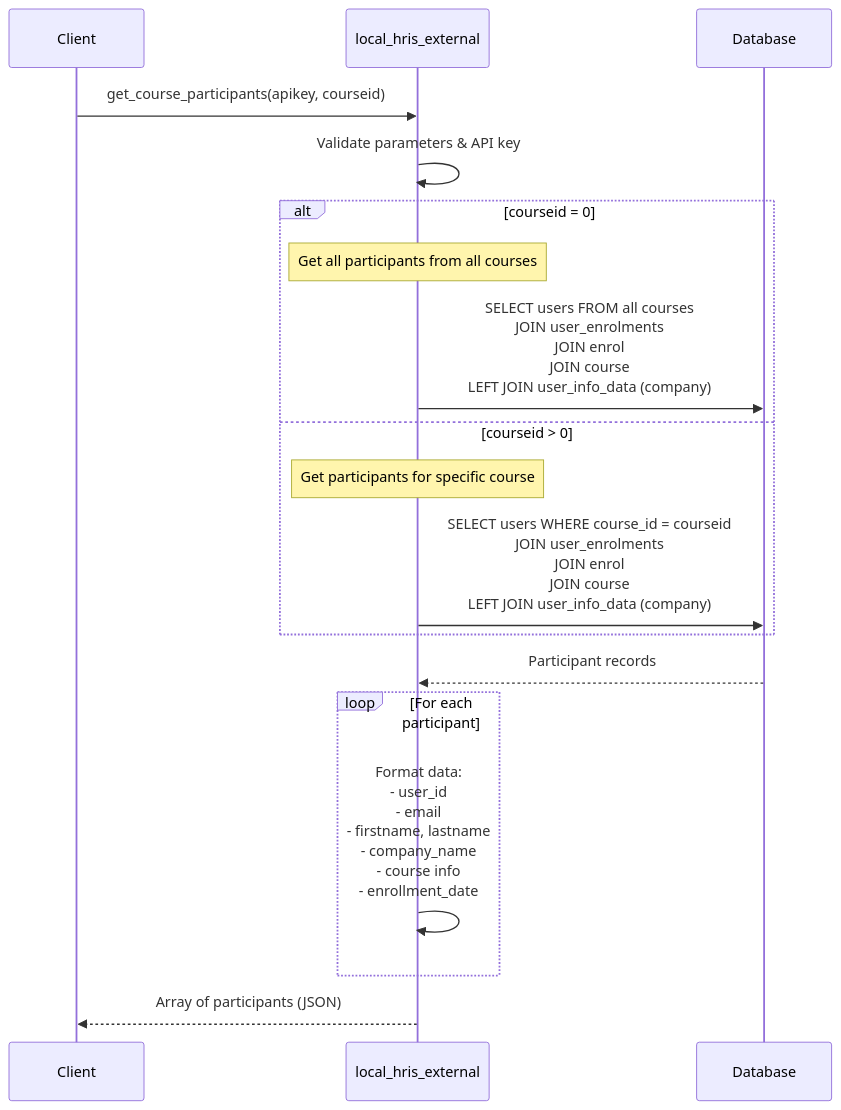
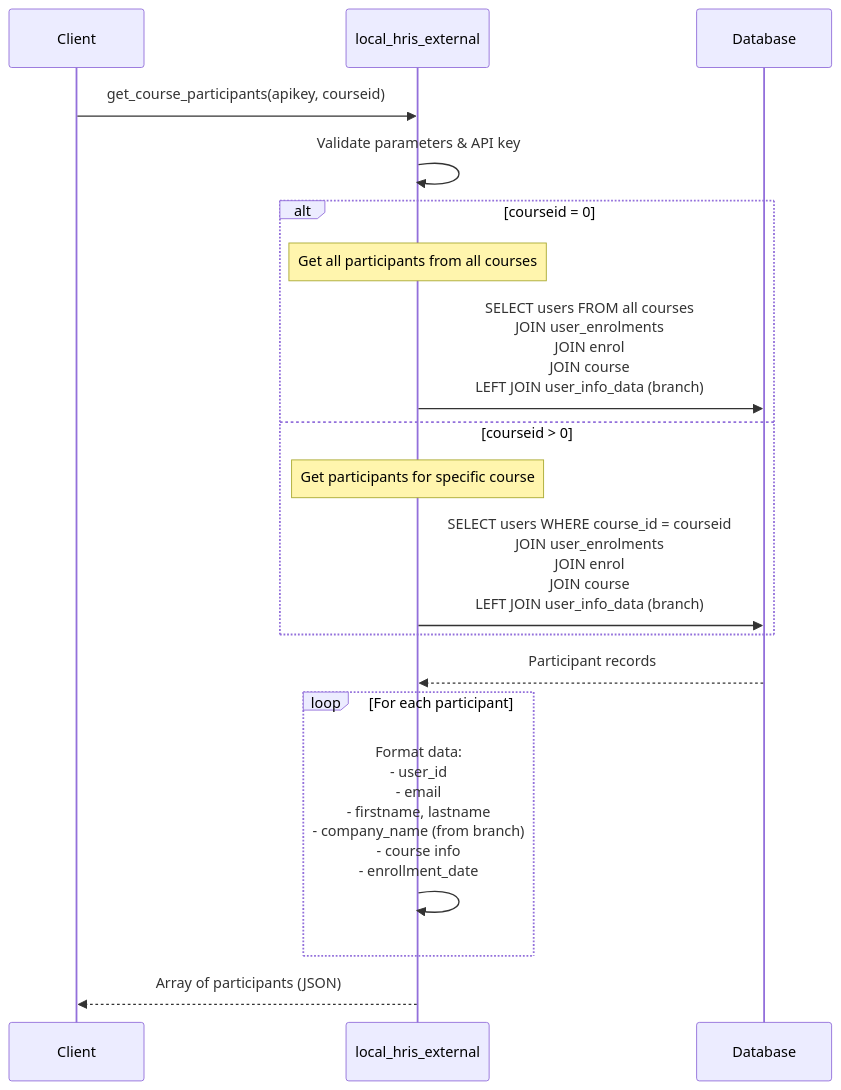
The fifth of 11 diagrams in DIAGRAMS.md (toosa/moodle-hris), drawn with Mermaid before and after one commit. The commit also changed other lines of this file and 8 other files, not shown here.

````diff
--- a/DIAGRAMS.md
+++ b/DIAGRAMS.md
@@ -174,26 +174,26 @@
 ```mermaid
 sequenceDiagram
     participant Client
     participant API as local_hris_external
     participant DB as Database
     
     Client->>API: get_course_participants(apikey, courseid)
     
     API->>API: Validate parameters & API key
     
     alt courseid = 0
         Note over API: Get all participants from all courses
-        API->>DB: SELECT users FROM all courses<br/>JOIN user_enrolments<br/>JOIN enrol<br/>JOIN course<br/>LEFT JOIN user_info_data (company)
+        API->>DB: SELECT users FROM all courses<br/>JOIN user_enrolments<br/>JOIN enrol<br/>JOIN course<br/>LEFT JOIN user_info_data (branch)
     else courseid > 0
         Note over API: Get participants for specific course
-        API->>DB: SELECT users WHERE course_id = courseid<br/>JOIN user_enrolments<br/>JOIN enrol<br/>JOIN course<br/>LEFT JOIN user_info_data (company)
+        API->>DB: SELECT users WHERE course_id = courseid<br/>JOIN user_enrolments<br/>JOIN enrol<br/>JOIN course<br/>LEFT JOIN user_info_data (branch)
     end
     
     DB-->>API: Participant records
     
     loop For each participant
-        API->>API: Format data:<br/>- user_id<br/>- email<br/>- firstname, lastname<br/>- company_name<br/>- course info<br/>- enrollment_date
+        API->>API: Format data:<br/>- user_id<br/>- email<br/>- firstname, lastname<br/>- company_name (from branch)<br/>- course info<br/>- enrollment_date
     end
     
     API-->>Client: Array of participants (JSON)
 ```
````
